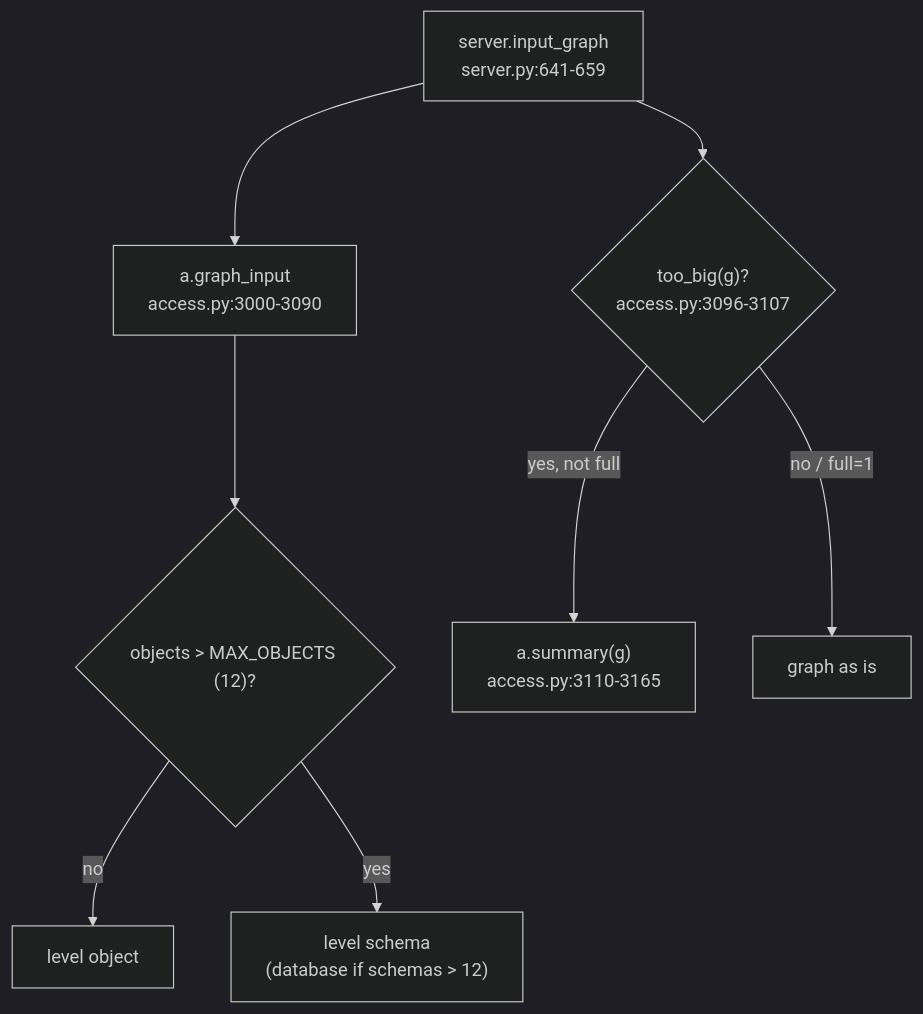
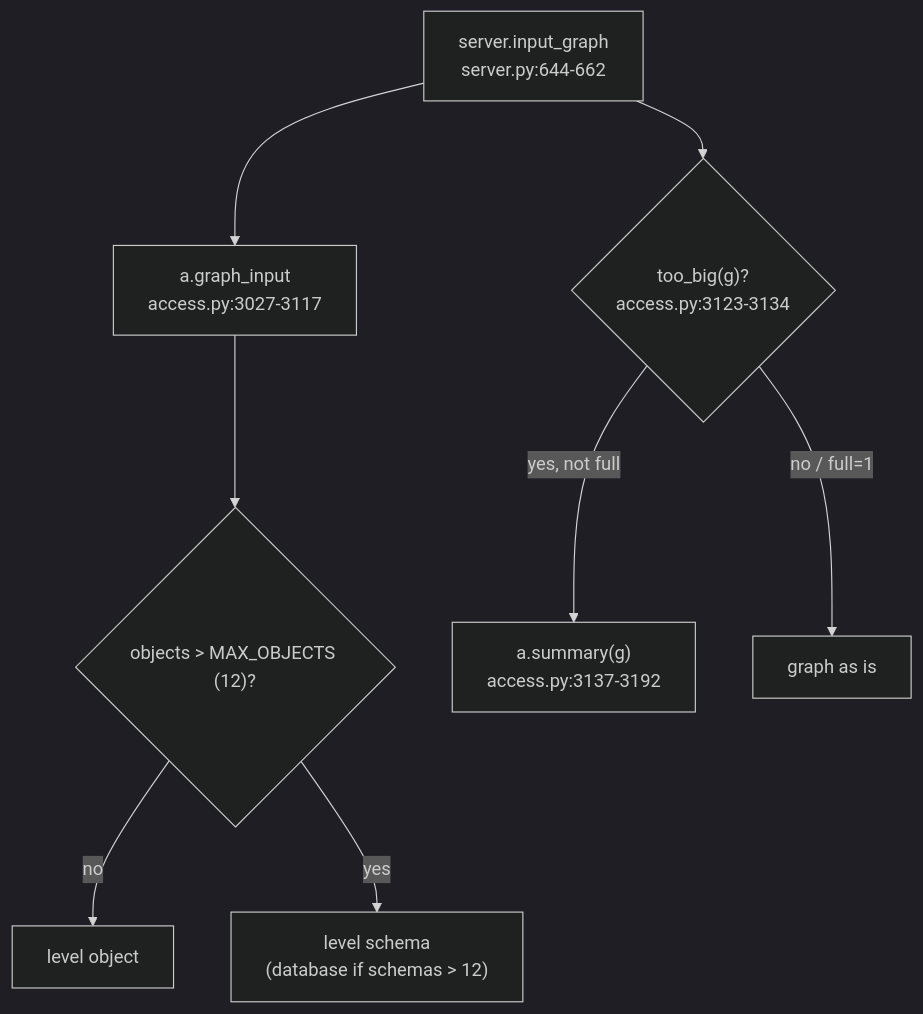
One commit to darshanmeel/snowflake-access-explorer changed the diagram in snowflake-access-explorer-knowledge-graph/logic/graph-input.md. Above: the diagram before and after it, drawn with Mermaid (dark theme). The commit also changed other lines of this file and 88 other files, not shown here.

First line of the commit message:
Knowledge graph and docs for the access log; per-day charts by user, role, client, statement, R/W/DDL, object kind

````diff
--- a/snowflake-access-explorer-knowledge-graph/logic/graph-input.md
+++ b/snowflake-access-explorer-knowledge-graph/logic/graph-input.md
@@ -6,10 +6,10 @@
 ```mermaid
 flowchart TD
-  IG["server.input_graph<br/>server.py:641-659"] --> GI["a.graph_input<br/>access.py:3000-3090"]
+  IG["server.input_graph<br/>server.py:644-662"] --> GI["a.graph_input<br/>access.py:3027-3117"]
   GI --> LV{"objects > MAX_OBJECTS (12)?"}
   LV -- no --> OBJ[level object]
   LV -- yes --> SC["level schema<br/>(database if schemas > 12)"]
-  IG --> TB{"too_big(g)?<br/>access.py:3096-3107"}
-  TB -- "yes, not full" --> SU["a.summary(g)<br/>access.py:3110-3165"]
+  IG --> TB{"too_big(g)?<br/>access.py:3123-3134"}
+  TB -- "yes, not full" --> SU["a.summary(g)<br/>access.py:3137-3192"]
   TB -- "no / full=1" --> RAW[graph as is]
 ```
````
